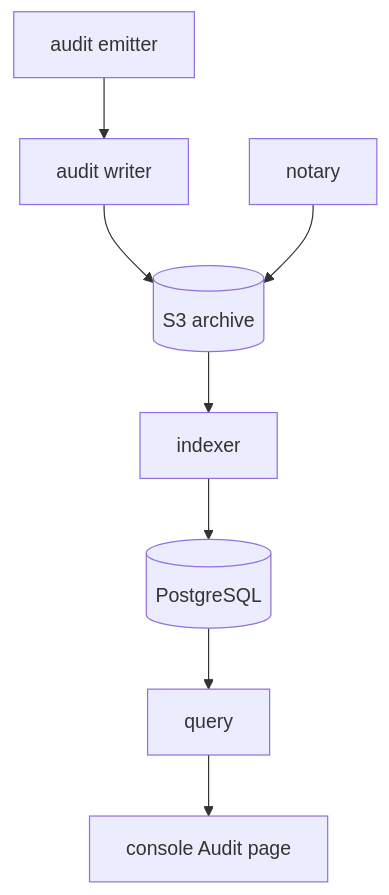
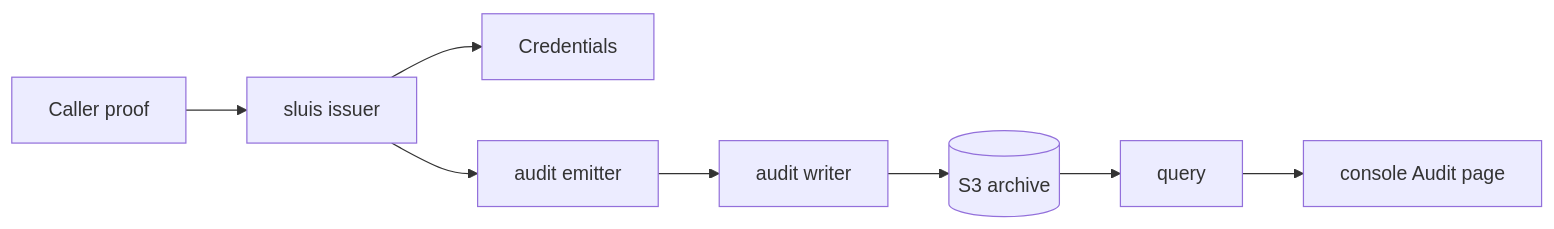
One commit to truvity/sluis changed the diagram in docs/README.md. Above: the diagram before and after it, drawn with Mermaid. The commit also changed other lines of this file and 12 other files, not shown here.

````diff
--- a/docs/README.md
+++ b/docs/README.md
@@ -32,10 +13,10 @@
 ```mermaid
-flowchart TB
-  em["audit emitter"] --> wr["audit writer"]
+flowchart LR
+  proof["Caller proof"] --> iss["sluis issuer"]
+  iss --> cred["Credentials"]
+  iss --> em["audit emitter"]
+  em --> wr["audit writer"]
   wr --> s3[("S3 archive")]
-  nt["notary"] --> s3
-  s3 --> ix["indexer"]
-  ix --> pg[("PostgreSQL")]
-  pg --> q["query"]
+  s3 --> q["query"]
   q --> ui["console Audit page"]
 ```
````
